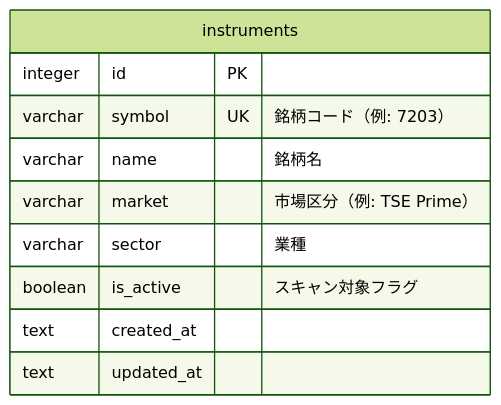
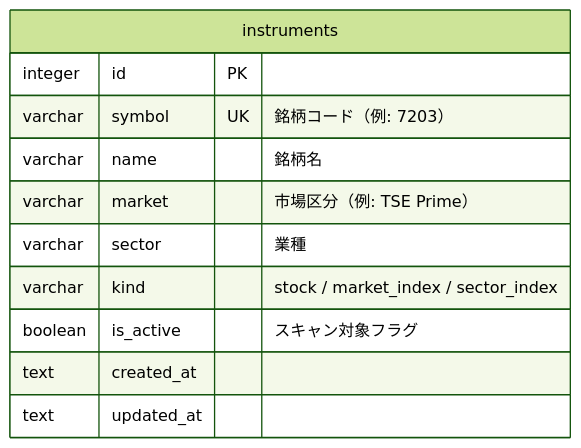
Before and after one commit to ousiassllc/pitha-trador: the first of 4 diagrams in docs/architecture/er/tables-market.md, drawn with Mermaid (forest theme). The commit also changed other lines of this file and 44 other files, not shown here.

````diff
--- a/docs/architecture/er/tables-market.md
+++ b/docs/architecture/er/tables-market.md
@@ -9,13 +9,14 @@
 ```mermaid
 erDiagram
     instruments {
         integer id PK
         varchar symbol UK "銘柄コード（例: 7203）"
         varchar name "銘柄名"
         varchar market "市場区分（例: TSE Prime）"
         varchar sector "業種"
+        varchar kind "stock / market_index / sector_index"
         boolean is_active "スキャン対象フラグ"
         text created_at
         text updated_at
     }
 ```
````
